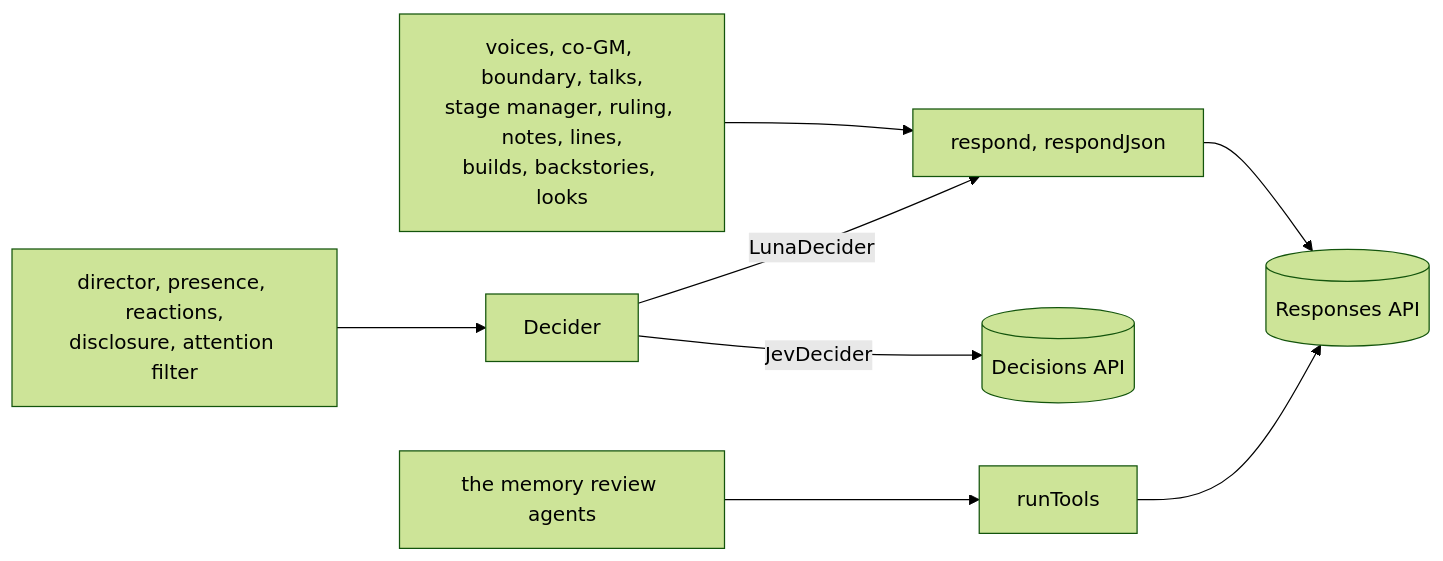
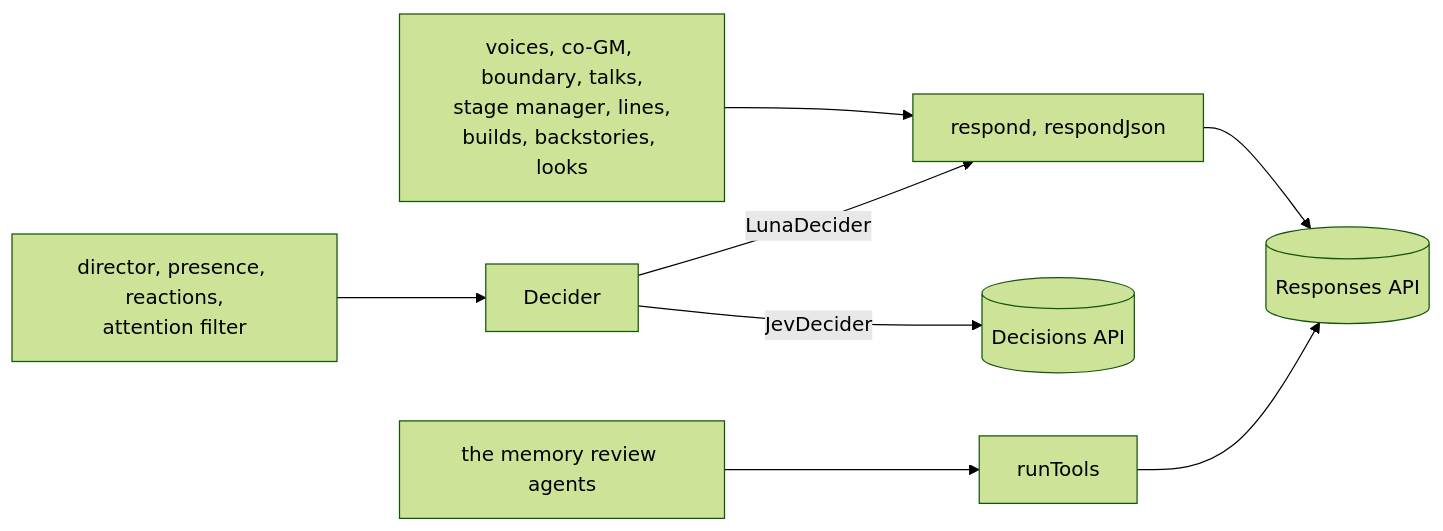
Before and after one commit to Tatskaari/kingmaker: the diagram in ai/llm/README.md, drawn with Mermaid (forest theme). The commit also changed other lines of this file and 430 other files, not shown here.

````diff
--- a/ai/llm/README.md
+++ b/ai/llm/README.md
@@ -40,10 +40,10 @@
 ```mermaid
 flowchart LR
-  text["voices, co-GM, boundary, talks,<br/>stage manager, ruling, notes, lines,<br/>builds, backstories, looks"] --> respond["respond, respondJson"]
-  judge["director, presence, reactions,<br/>disclosure, attention filter"] --> decider["Decider"]
+  text["voices, co-GM, boundary, talks,<br/>stage manager, lines,<br/>builds, backstories, looks"] --> respond["respond, respondJson"]
+  judge["director, presence, reactions,<br/>attention filter"] --> decider["Decider"]
   agents["the memory review agents"] --> tools["runTools"]
   decider -->|"LunaDecider"| respond
   decider -->|"JevDecider"| decisions[("Decisions API")]
   respond --> responses[("Responses API")]
   tools --> responses
 ```
````
